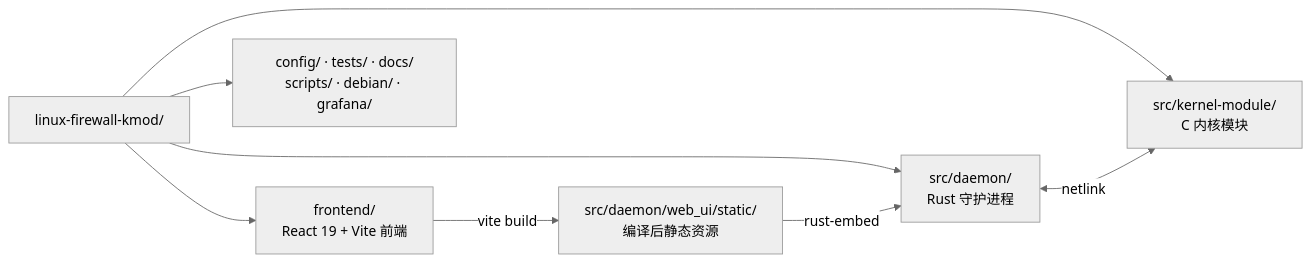
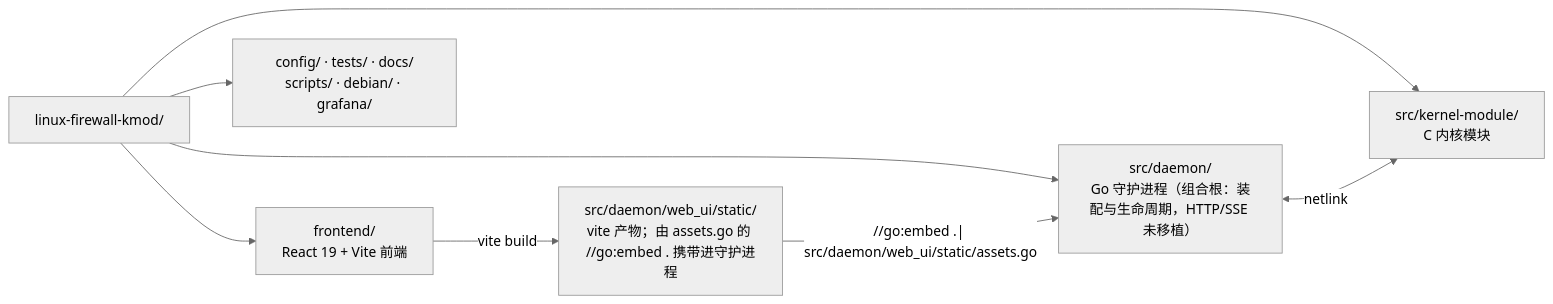
The diagram in docs/zh/development/README.md (SnowCore8/linux-firewall-kmod), drawn with Mermaid (neutral theme) before and after one commit. The commit also changed other lines of this file and 218 other files, not shown here.

Commit message:
feat(daemon): replace the Rust implementation with Go module and sync docs

````diff
--- a/docs/zh/development/README.md
+++ b/docs/zh/development/README.md
@@ -30,17 +30,17 @@
 ```mermaid
 graph LR
     ROOT["linux-firewall-kmod/"]
     KERNEL["src/kernel-module/<br/>C 内核模块"]
-    DAEMON["src/daemon/<br/>Rust 守护进程"]
+    DAEMON["src/daemon/<br/>Go 守护进程（组合根：装配与生命周期，HTTP/SSE 未移植）"]
     FRONTEND["frontend/<br/>React 19 + Vite 前端"]
-    STATIC["src/daemon/web_ui/static/<br/>编译后静态资源"]
+    STATIC["src/daemon/web_ui/static/<br/>vite 产物；由 assets.go 的 //go:embed . 携带进守护进程"]
     SUPPORT["config/ · tests/ · docs/<br/>scripts/ · debian/ · grafana/"]
 
     ROOT --> KERNEL
     ROOT --> DAEMON
     ROOT --> FRONTEND
     ROOT --> SUPPORT
     FRONTEND -->|"vite build"| STATIC
-    STATIC -->|"rust-embed"| DAEMON
+    STATIC -->|"//go:embed .| src/daemon/web_ui/static/assets.go"| DAEMON
     DAEMON <-->|"netlink"| KERNEL
 ```
````
